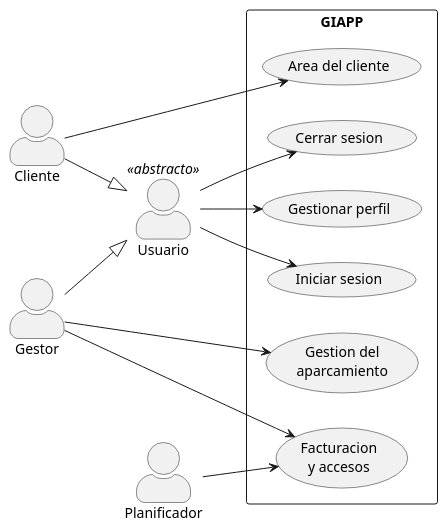
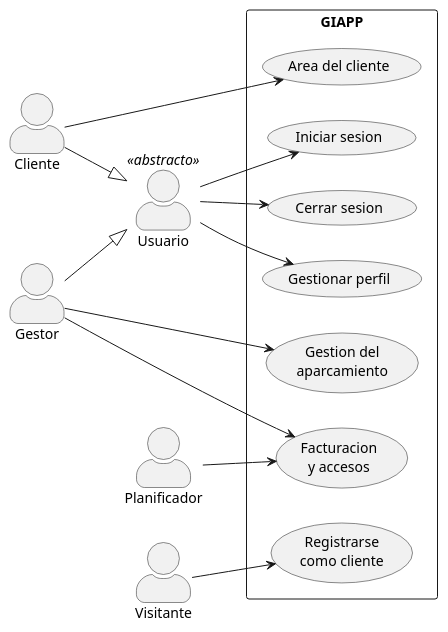
Before and after one commit to galanmg/giapp: the diagram in docs/uml/casos-de-uso-general.puml, drawn with PlantUML. The commit also changed 3 other files, not shown here.

First line of the commit message:
Diagramas: casos de uso y métodos de dominio al día con el código

```diff
--- a/docs/uml/casos-de-uso-general.puml
+++ b/docs/uml/casos-de-uso-general.puml
@@ -1,35 +1,40 @@
 @startuml casos-de-uso-general
 ' GIAPP - Diagrama de contexto: actores y casos comunes
 ' Autor: Andres Moreno
 
 left to right direction
 skinparam actorStyle awesome
 
 actor "Usuario" as usuario <<abstracto>>
 actor "Cliente" as cliente
 actor "Gestor" as gestor
 actor "Planificador" as tiempo
+actor "Visitante" as visitante
 
 rectangle "GIAPP" {
   usecase "Iniciar sesion" as UC01
   usecase "Cerrar sesion" as UC02
   usecase "Gestionar perfil" as UC03
+  usecase "Registrarse\ncomo cliente" as UC04
 
   usecase "Area del cliente" as M1
   usecase "Gestion del\naparcamiento" as M2
   usecase "Facturacion\ny accesos" as M3
 }
 
 cliente --|> usuario
 gestor --|> usuario
 
 usuario --> UC01
 usuario --> UC02
 usuario --> UC03
 
+' RF-54: quien aun no tiene cuenta
+visitante --> UC04
+
 cliente --> M1
 gestor --> M2
 gestor --> M3
 tiempo --> M3
 
 @enduml
```
